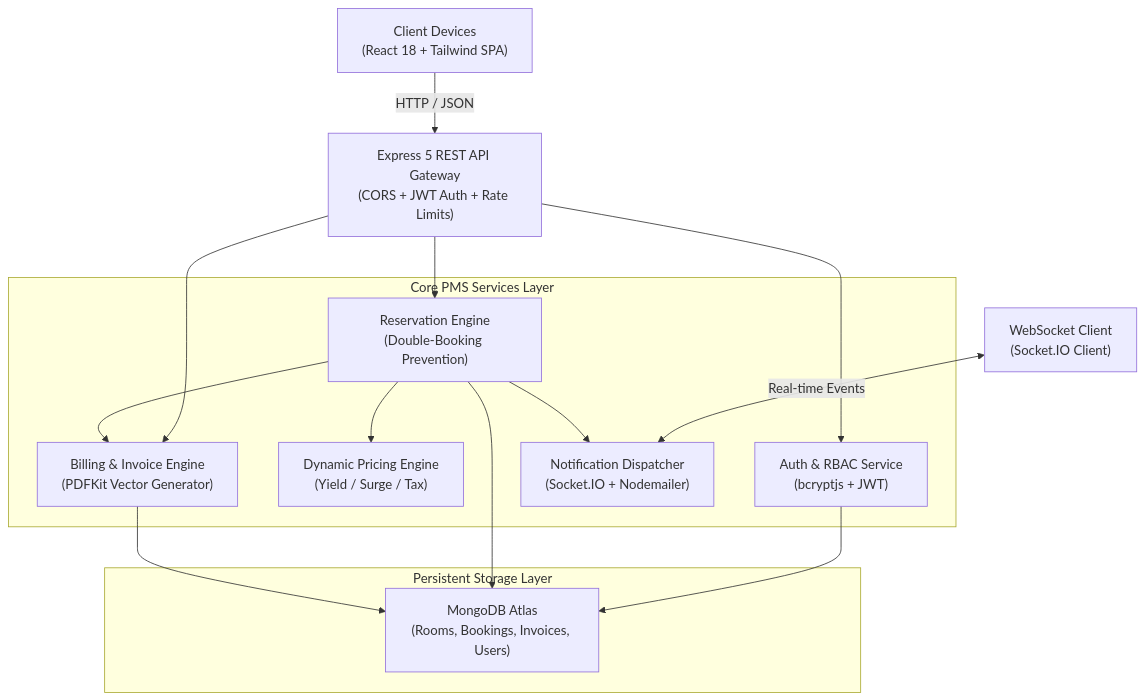
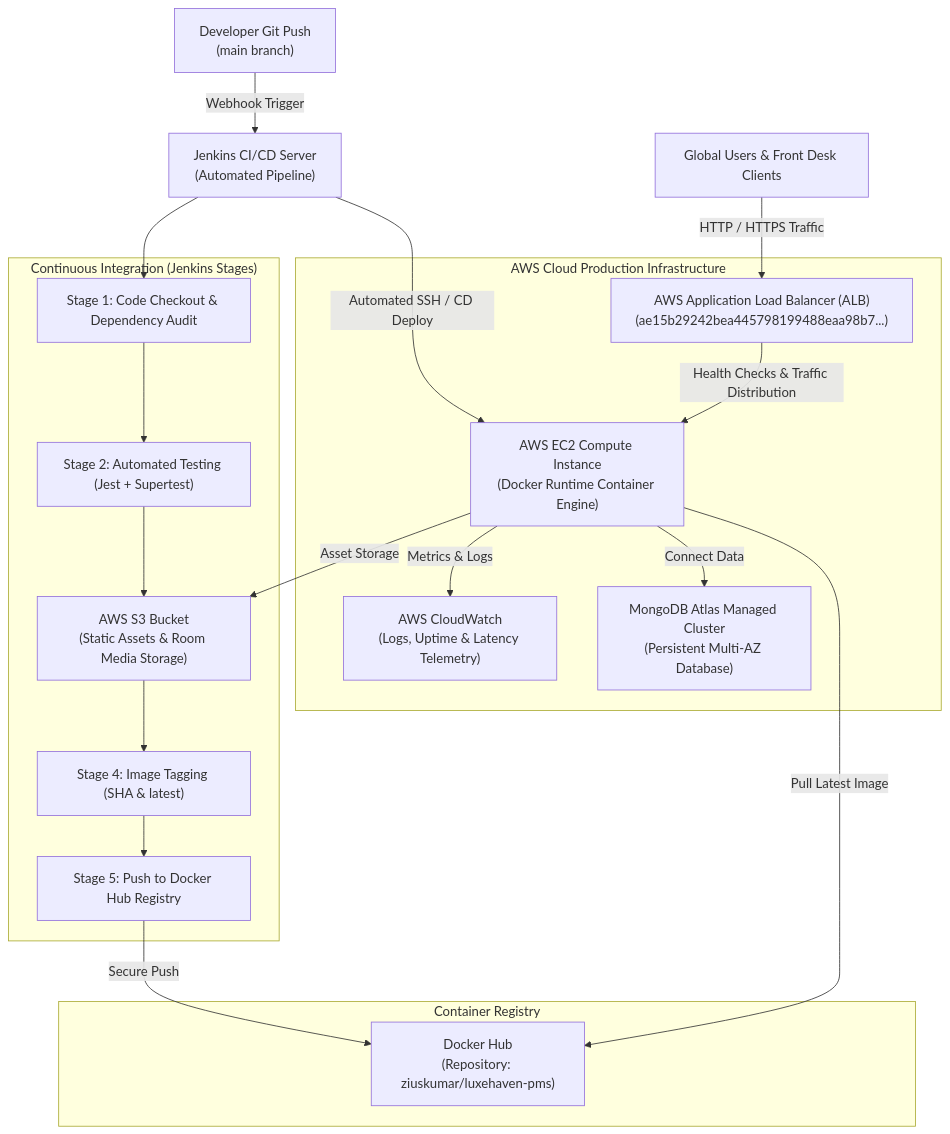
One commit to ziuskumar/Luxe-Haven-Cloud-Based-Hotel-Property-Management-System changed the diagram in README.md. Above: the diagram before and after it, drawn with Mermaid. The commit also changed other lines of this file, not shown here.

Commit message:
docs: document AWS cloud architecture, Jenkins CI/CD pipeline, Docker Hub registry, and live deployment link

````diff
--- a/README.md
+++ b/README.md
@@ -151,30 +52,36 @@
 ```mermaid
 flowchart TD
-    Client["Client Devices\n(React 18 + Tailwind SPA)"]
-    WS["WebSocket Client\n(Socket.IO Client)"]
-    API_Gateway["Express 5 REST API Gateway\n(CORS + JWT Auth + Rate Limits)"]
+    Dev["Developer Git Push\n(main branch)"] -->|Webhook Trigger| Jenkins["Jenkins CI/CD Server\n(Automated Pipeline)"]
     
-    subgraph Services["Core PMS Services Layer"]
-        AuthSvc["Auth & RBAC Service\n(bcryptjs + JWT)"]
-        PricingSvc["Dynamic Pricing Engine\n(Yield / Surge / Tax)"]
-        ResSvc["Reservation Engine\n(Double-Booking Prevention)"]
-        InvSvc["Billing & Invoice Engine\n(PDFKit Vector Generator)"]
-        NotifSvc["Notification Dispatcher\n(Socket.IO + Nodemailer)"]
+    subgraph CI["Continuous Integration (Jenkins Stages)"]
+        S1["Stage 1: Code Checkout & Dependency Audit"]
+        S2["Stage 2: Automated Testing (Jest + Supertest)"]
+        S3["Stage 3: Multi-Stage Docker Container Build"]
+        S4["Stage 4: Image Tagging (SHA & latest)"]
+        S5["Stage 5: Push to Docker Hub Registry"]
     end
     
-    subgraph Data["Persistent Storage Layer"]
-        Mongo["MongoDB Atlas\n(Rooms, Bookings, Invoices, Users)"]
+    Jenkins --> S1 --> S2 --> S3 --> S4 --> S5
+    
+    subgraph Hub["Container Registry"]
+        DHub["Docker Hub\n(Repository: ziuskumar/luxehaven-pms)"]
     end
-
-    Client -->|HTTP / JSON| API_Gateway
-    WS <-->|Real-time Events| NotifSvc
-    API_Gateway --> AuthSvc
-    API_Gateway --> ResSvc
-    API_Gateway --> InvSvc
-    ResSvc --> PricingSvc
-    ResSvc --> NotifSvc
-    ResSvc --> InvSvc
-    AuthSvc --> Mongo
-    ResSvc --> Mongo
-    InvSvc --> Mongo
+    
+    S5 -->|Secure Push| DHub
+    
+    subgraph AWS["AWS Cloud Production Infrastructure"]
+        ALB["AWS Application Load Balancer (ALB)\n(ae15b29242bea445798199488eaa98b7...)"]
+        EC2["AWS EC2 Compute Instance\n(Docker Runtime Container Engine)"]
+        S3["AWS S3 Bucket\n(Static Assets & Room Media Storage)"]
+        CW["AWS CloudWatch\n(Logs, Uptime & Latency Telemetry)"]
+        Mongo["MongoDB Atlas Managed Cluster\n(Persistent Multi-AZ Database)"]
+    end
+    
+    Jenkins -->|Automated SSH / CD Deploy| EC2
+    EC2 -->|Pull Latest Image| DHub
+    EC2 -->|Connect Data| Mongo
+    EC2 -->|Asset Storage| S3
+    EC2 -->|Metrics & Logs| CW
+    ALB -->|Health Checks & Traffic Distribution| EC2
+    Users["Global Users & Front Desk Clients"] -->|HTTP / HTTPS Traffic| ALB
 ```
````
